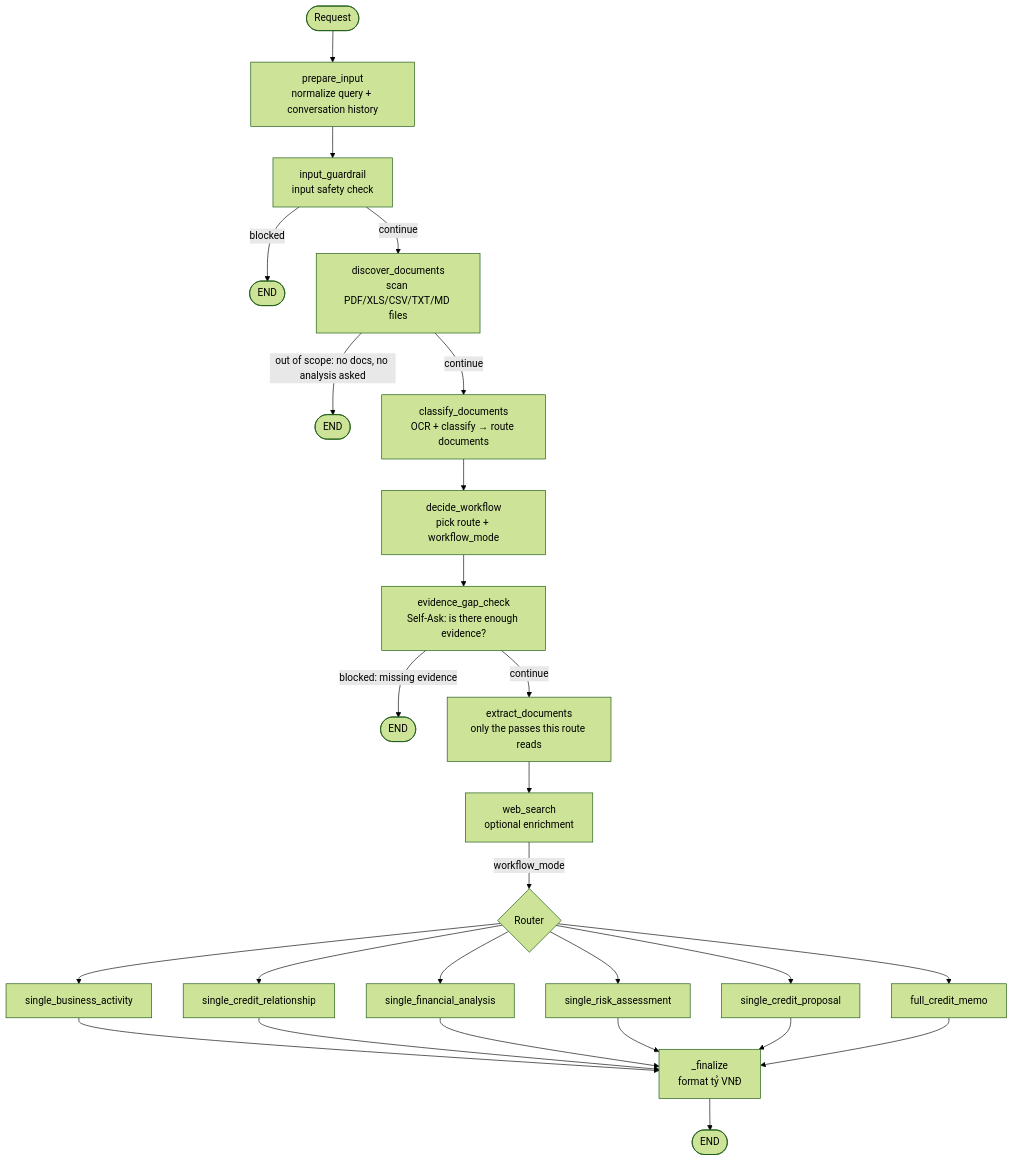
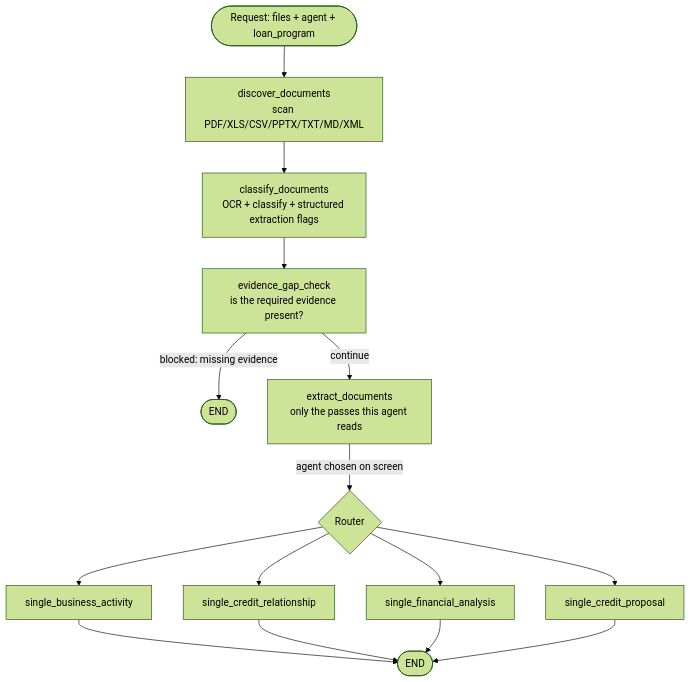
One commit to hodongtu/SME-creditmemo-multi-agent changed the diagram in README.md. Above: the diagram before and after it, drawn with Mermaid (forest theme). The commit also changed other lines of this file and 26 other files, not shown here.

````diff
--- a/README.md
+++ b/README.md
@@ -69,23 +72,14 @@
 ```mermaid
 flowchart TD
-    START([Request]) --> A[prepare_input<br/>normalize query + conversation history]
-    A --> B[input_guardrail<br/>input safety check]
-    B -->|blocked| E1([END])
-    B -->|continue| C[discover_documents<br/>scan PDF/XLS/CSV/TXT/MD files]
-    C -->|out of scope: no docs, no analysis asked| E3([END])
-    C -->|continue| D[classify_documents<br/>OCR + classify → route documents]
-    D --> F[decide_workflow<br/>pick route + workflow_mode]
-    F --> G[evidence_gap_check<br/>Self-Ask: is there enough evidence?]
+    START([Request: files + agent + loan_program]) --> C[discover_documents<br/>scan PDF/XLS/CSV/PPTX/TXT/MD/XML]
+    C --> D[classify_documents<br/>OCR + classify + structured extraction flags]
+    D --> G[evidence_gap_check<br/>is the required evidence present?]
     G -->|blocked: missing evidence| E2([END])
-    G -->|continue| X[extract_documents<br/>only the passes this route reads]
-    X --> H[web_search<br/>optional enrichment]
-    H -->|workflow_mode| R{Router}
+    G -->|continue| X[extract_documents<br/>only the passes this agent reads]
+    X -->|agent chosen on screen| R{Router}
     R --> W2[single_business_activity]
     R --> W3[single_credit_relationship]
     R --> W4[single_financial_analysis]
-    R --> W5[single_risk_assessment]
     R --> W6[single_credit_proposal]
-    R --> W7[full_credit_memo]
-    W2 & W3 & W4 & W5 & W6 & W7 --> FIN[_finalize<br/>format tỷ VNĐ]
-    FIN --> ENDN([END])
+    W2 & W3 & W4 & W6 --> ENDN([END])
 ```
````
